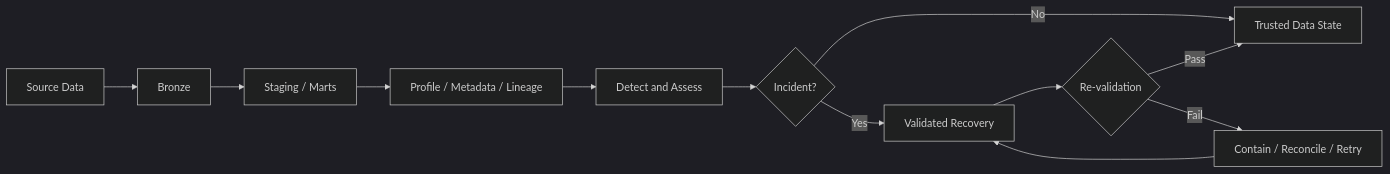
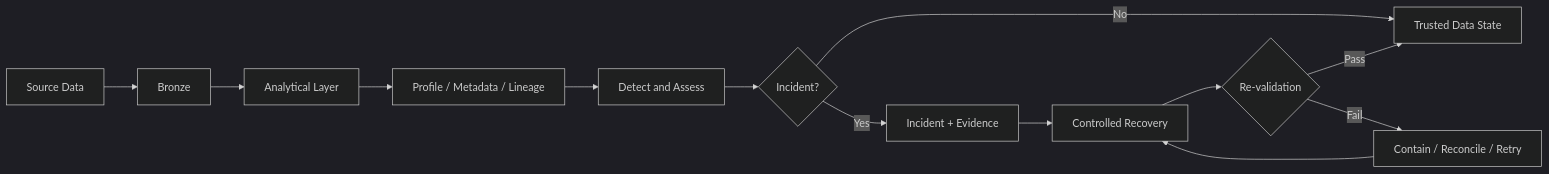
Before and after one commit to mols3131d/hmda-data-reliability: the first of 3 diagrams in docs/VISION.md, drawn with Mermaid (dark theme). The commit also changed other lines of this file, not shown here.

Commit message:
docs: tighten final vision flows

````diff
--- a/docs/VISION.md
+++ b/docs/VISION.md
@@ -54,15 +54,16 @@
 ```mermaid
 flowchart LR
     source["Source Data"] --> bronze["Bronze"]
-    bronze --> analytical["Staging / Marts"]
+    bronze --> analytical["Analytical Layer"]
     analytical --> evidence["Profile / Metadata / Lineage"]
     evidence --> detect["Detect and Assess"]
     detect --> incident{"Incident?"}
 
     incident -->|No| trusted["Trusted Data State"]
-    incident -->|Yes| recovery["Validated Recovery"]
+    incident -->|Yes| incident_evidence["Incident + Evidence"]
+    incident_evidence --> recovery["Controlled Recovery"]
     recovery --> verify{"Re-validation"}
     verify -->|Pass| trusted
     verify -->|Fail| reconcile["Contain / Reconcile / Retry"]
     reconcile --> recovery
 ```
````
